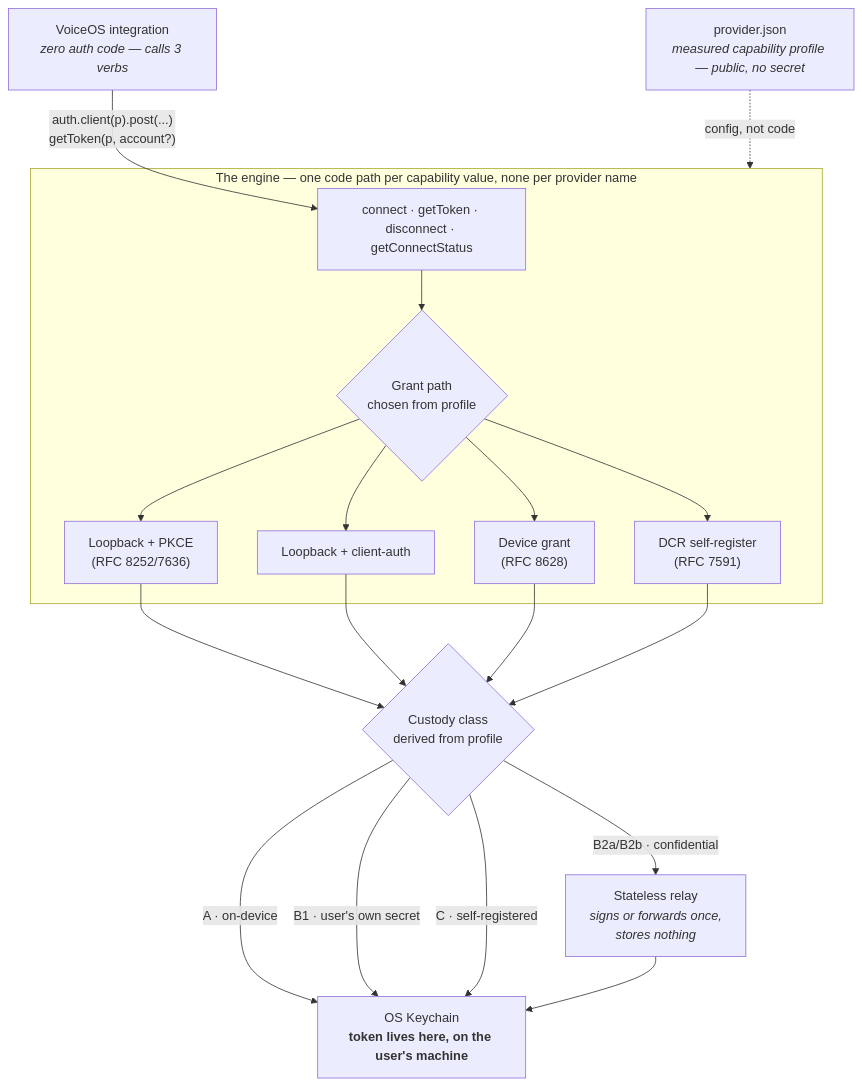
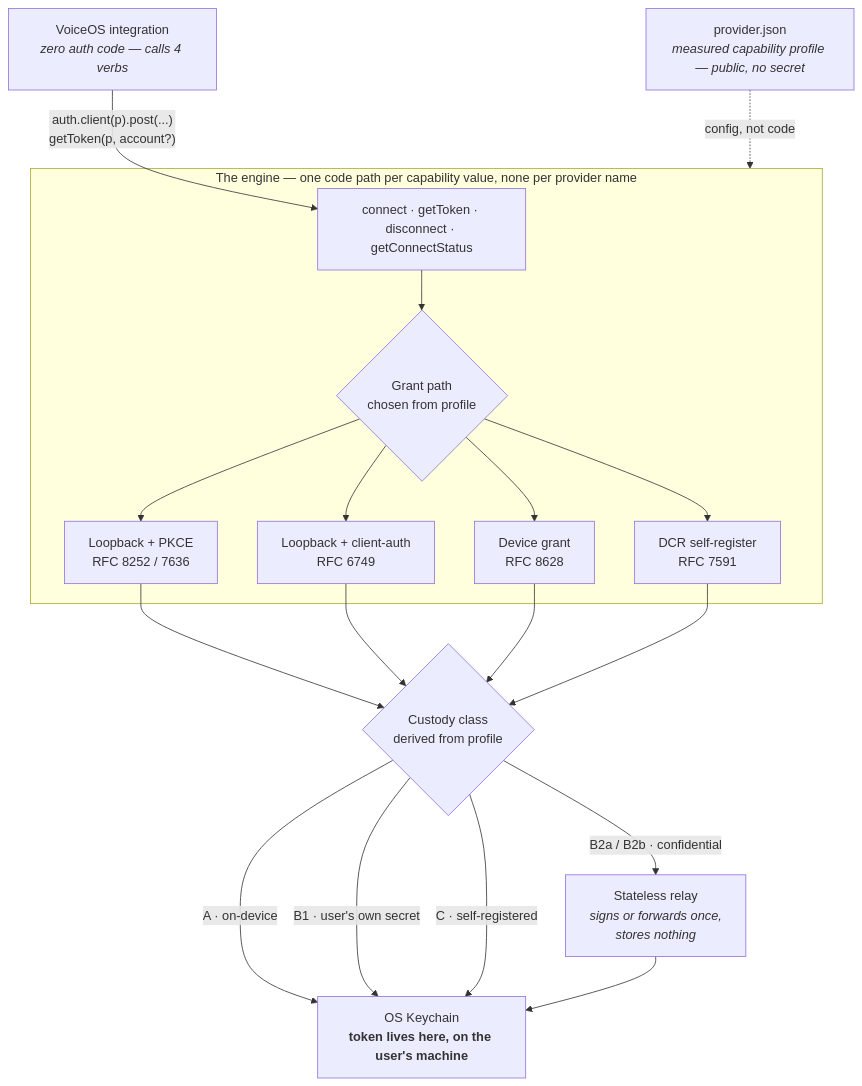
Before and after one commit to rithvik-bk/voiceos-oauth-engine: the diagram in README.md, drawn with Mermaid. The commit also changed other lines of this file, not shown here.

Commit message:
docs: rewrite README — jaw-drop engine overview, custody classes, security posture, self-register story

````diff
--- a/README.md
+++ b/README.md
@@ -17,27 +23,27 @@
 ```mermaid
 flowchart TD
-    I["VoiceOS integration<br/><i>zero auth code — calls 3 verbs</i>"]
+    I["VoiceOS integration<br/><i>zero auth code — calls 4 verbs</i>"]
     I -->|"auth.client(p).post(...)<br/>getToken(p, account?)"| E
 
     subgraph ENG["The engine — one code path per capability value, none per provider name"]
       E["connect · getToken · disconnect · getConnectStatus"]
       E --> G{"Grant path<br/>chosen from profile"}
-      G --> P1["Loopback + PKCE<br/>(RFC 8252/7636)"]
-      G --> P2["Loopback + client-auth"]
-      G --> P3["Device grant<br/>(RFC 8628)"]
-      G --> P4["DCR self-register<br/>(RFC 7591)"]
+      G --> P1["Loopback + PKCE<br/>RFC 8252 / 7636"]
+      G --> P2["Loopback + client-auth<br/>RFC 6749"]
+      G --> P3["Device grant<br/>RFC 8628"]
+      G --> P4["DCR self-register<br/>RFC 7591"]
     end
 
     CFG["provider.json<br/><i>measured capability profile — public, no secret</i>"] -.->|"config, not code"| ENG
 
     P1 --> CU{"Custody class<br/>derived from profile"}
     P2 --> CU
     P3 --> CU
     P4 --> CU
 
     CU -->|"A · on-device"| KC["OS Keychain<br/><b>token lives here, on the user's machine</b>"]
     CU -->|"B1 · user's own secret"| KC
     CU -->|"C · self-registered"| KC
-    CU -->|"B2a/B2b · confidential"| RLY["Stateless relay<br/><i>signs or forwards once,<br/>stores nothing</i>"]
+    CU -->|"B2a / B2b · confidential"| RLY["Stateless relay<br/><i>signs or forwards once,<br/>stores nothing</i>"]
     RLY --> KC
 ```
````
